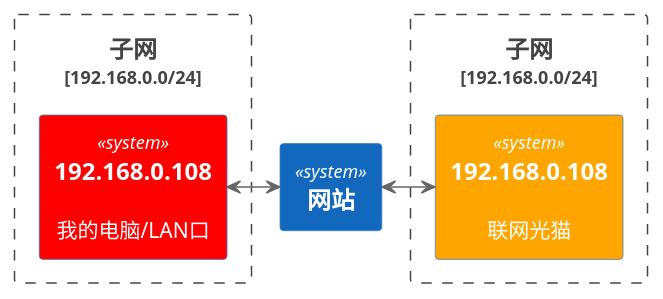
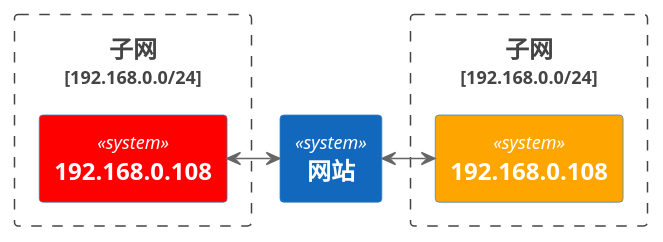
Before and after one commit to gardenerframework/impatiens: the first of 3 diagrams in 云与虚拟化/网络/基础知识/nat网络地址转换介绍/readme.md, drawn with PlantUML. The commit also changed 1 other file, not shown here.

Commit message:
chore(云与虚拟化): 增加iptables的2个表介绍

````diff
--- a/云与虚拟化/网络/基础知识/nat网络地址转换介绍/readme.md
+++ b/云与虚拟化/网络/基础知识/nat网络地址转换介绍/readme.md
@@ -13,18 +13,18 @@
 ```plantuml
 @startuml
 !include  https://plantuml.s3.cn-north-1.jdcloud-oss.com/C4_Container.puml
 
 Boundary(子网1, 子网, 192.168.0.0/24) {
-    System(主机1, 192.168.0.108, 我的电脑/LAN口) #red
+    System(主机1, 192.168.0.108) #red
 }
 Boundary(子网2, 子网, 192.168.0.0/24) {
-    System(主机2, 192.168.0.108, 联网光猫) #orange
+    System(主机2, 192.168.0.108) #orange
    
 }
 System(网站, 网站)
 
 主机1 <-> 网站
 主机2 <-> 网站
 
 @enduml
 ```
````
